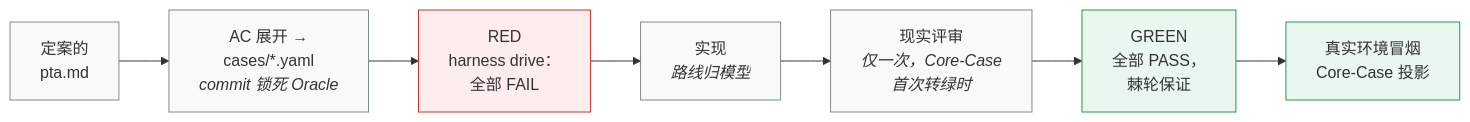
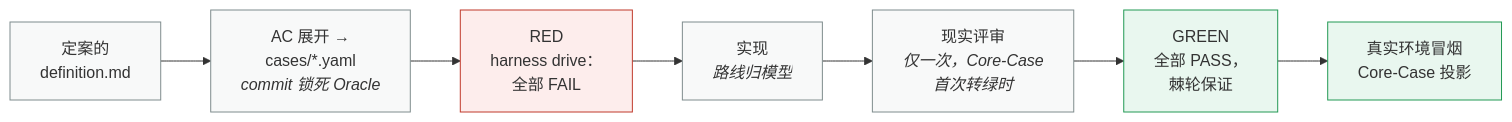
One commit to wallkop/opc-develop changed the second of 2 diagrams in README.zh-CN.md. Above: the diagram before and after it, drawn with Mermaid. The commit also changed other lines of this file and 12 other files, not shown here.

First line of the commit message:
rename: PTA/产品真相 → 产品定义 (Product Definition), pta.md → definition.md

````diff
--- a/README.zh-CN.md
+++ b/README.zh-CN.md
@@ -345,16 +345,16 @@
 ```mermaid
 flowchart LR
-  A["定案的<br/>pta.md"] --> B["AC 展开 →<br/>cases/*.yaml<br/><i>commit 锁死 Oracle</i>"]
+  A["定案的<br/>definition.md"] --> B["AC 展开 →<br/>cases/*.yaml<br/><i>commit 锁死 Oracle</i>"]
   B --> C["RED<br/>harness drive：<br/>全部 FAIL"]
   C --> D["实现<br/><i>路线归模型</i>"]
   D --> E["现实评审<br/><i>仅一次，Core-Case<br/>首次转绿时</i>"]
   E --> F["GREEN<br/>全部 PASS，<br/>棘轮保证"]
   F --> G["真实环境冒烟<br/>Core-Case 投影"]
 
   classDef red fill:#fdedec,stroke:#c0392b,color:#333
   classDef green fill:#e9f7ef,stroke:#229954,color:#333
   classDef neutral fill:#f8f9f9,stroke:#7f8c8d,color:#333
   class C red
   class F,G green
   class A,B,D,E neutral
 ```
````
